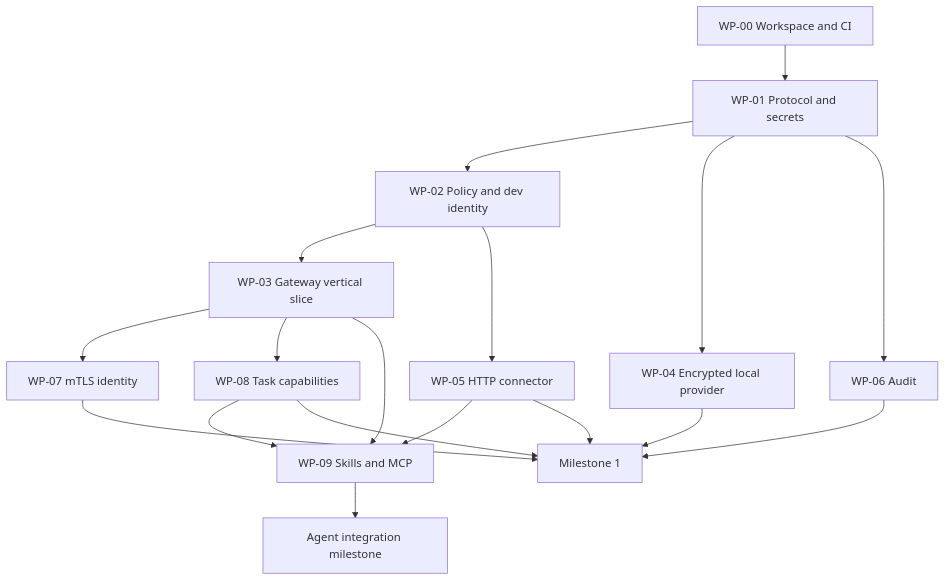
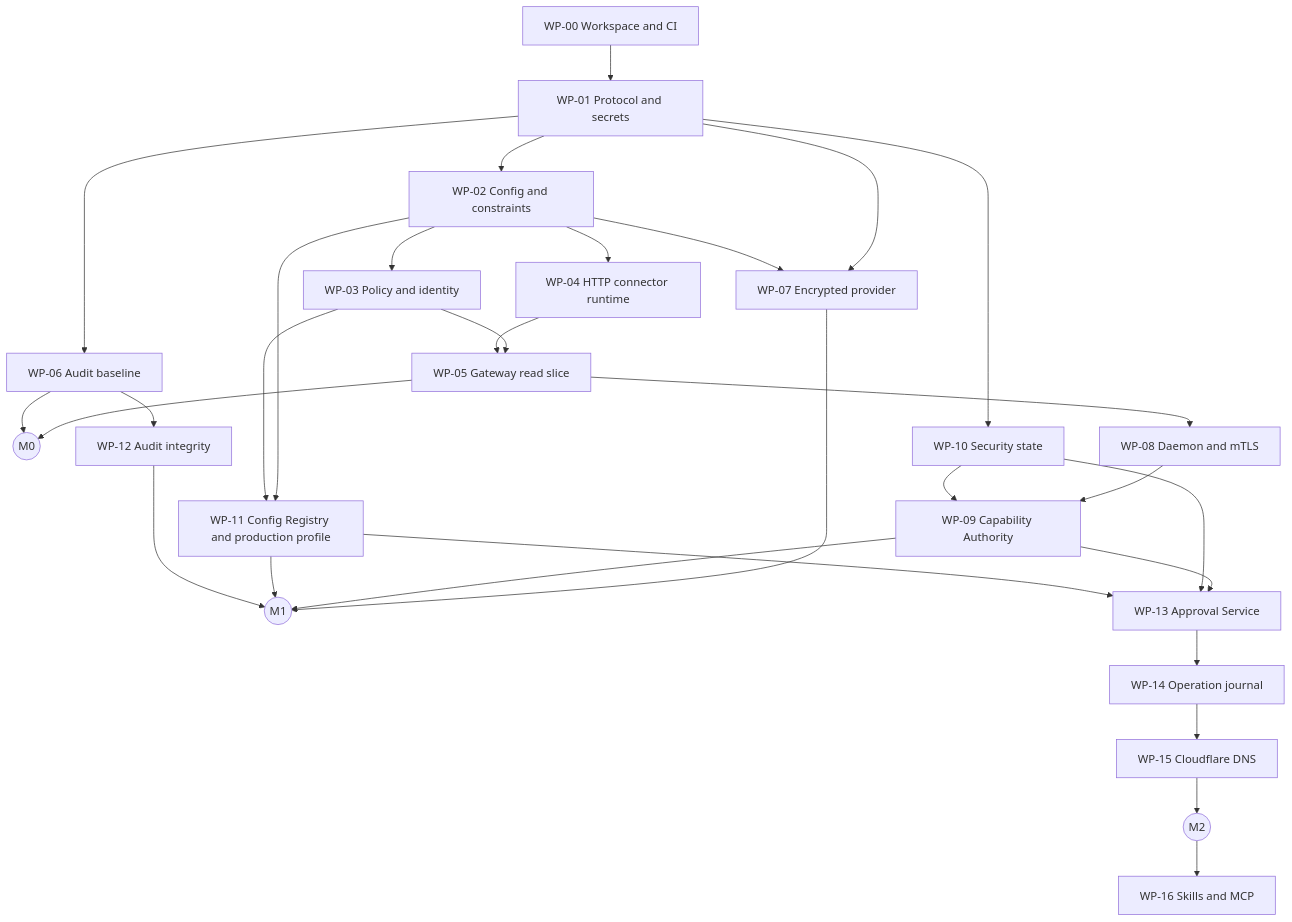
The diagram in docs/implementation-plan.md (carloscn/agent-credential-firewall), drawn with Mermaid before and after one commit. The commit also changed other lines of this file and 5 other files, not shown here.

````diff
--- a/docs/implementation-plan.md
+++ b/docs/implementation-plan.md
@@ -545,20 +575,32 @@
 ```mermaid
 flowchart TD
     W0[WP-00 Workspace and CI] --> W1[WP-01 Protocol and secrets]
-    W1 --> W2[WP-02 Policy and dev identity]
-    W1 --> W4[WP-04 Encrypted local provider]
-    W1 --> W6[WP-06 Audit]
-    W2 --> W3[WP-03 Gateway vertical slice]
-    W2 --> W5[WP-05 HTTP connector]
-    W3 --> W7[WP-07 mTLS identity]
-    W3 --> W8[WP-08 Task capabilities]
-    W3 --> W9[WP-09 Skills and MCP]
-    W5 --> W9
-    W8 --> W9
-    W4 --> M1[Milestone 1]
-    W5 --> M1
-    W6 --> M1
-    W7 --> M1
-    W8 --> M1
-    W9 --> M2[Agent integration milestone]
+    W1 --> W2[WP-02 Config and constraints]
+    W2 --> W3[WP-03 Policy and identity]
+    W2 --> W4[WP-04 HTTP connector runtime]
+    W3 --> W5[WP-05 Gateway read slice]
+    W4 --> W5
+    W1 --> W6[WP-06 Audit baseline]
+    W5 --> M0((M0))
+    W6 --> M0
+    W1 --> W7[WP-07 Encrypted provider]
+    W2 --> W7
+    W5 --> W8[WP-08 Daemon and mTLS]
+    W1 --> W10[WP-10 Security state]
+    W8 --> W9[WP-09 Capability Authority]
+    W10 --> W9
+    W2 --> W11[WP-11 Config Registry and production profile]
+    W3 --> W11
+    W6 --> W12[WP-12 Audit integrity]
+    W7 --> M1((M1))
+    W9 --> M1
+    W11 --> M1
+    W12 --> M1
+    W9 --> W13[WP-13 Approval Service]
+    W10 --> W13
+    W11 --> W13
+    W13 --> W14[WP-14 Operation journal]
+    W14 --> W15[WP-15 Cloudflare DNS]
+    W15 --> M2((M2))
+    M2 --> W16[WP-16 Skills and MCP]
 ```
````
